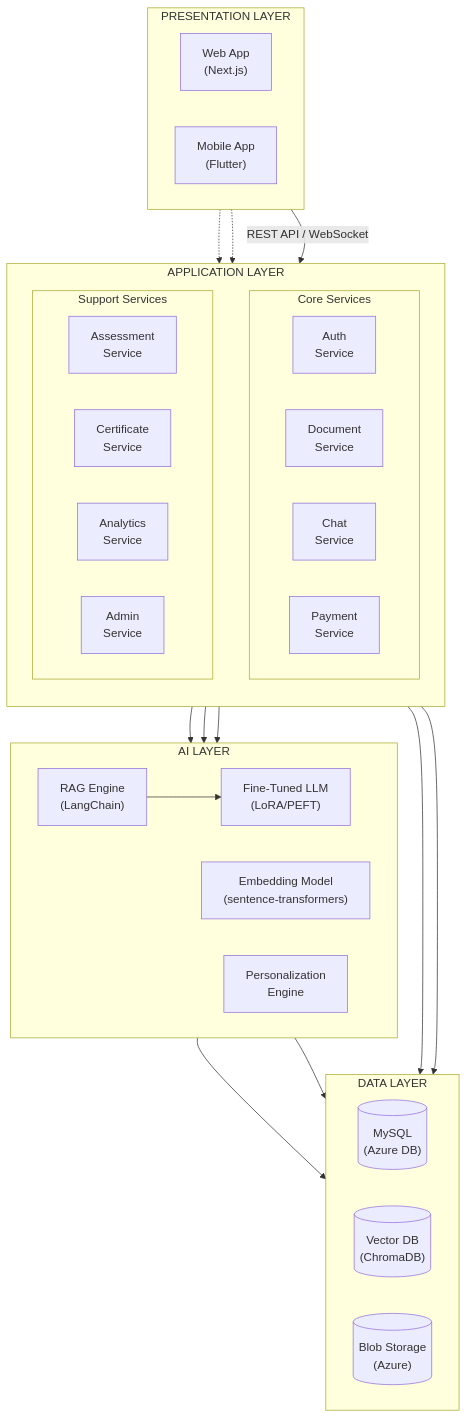
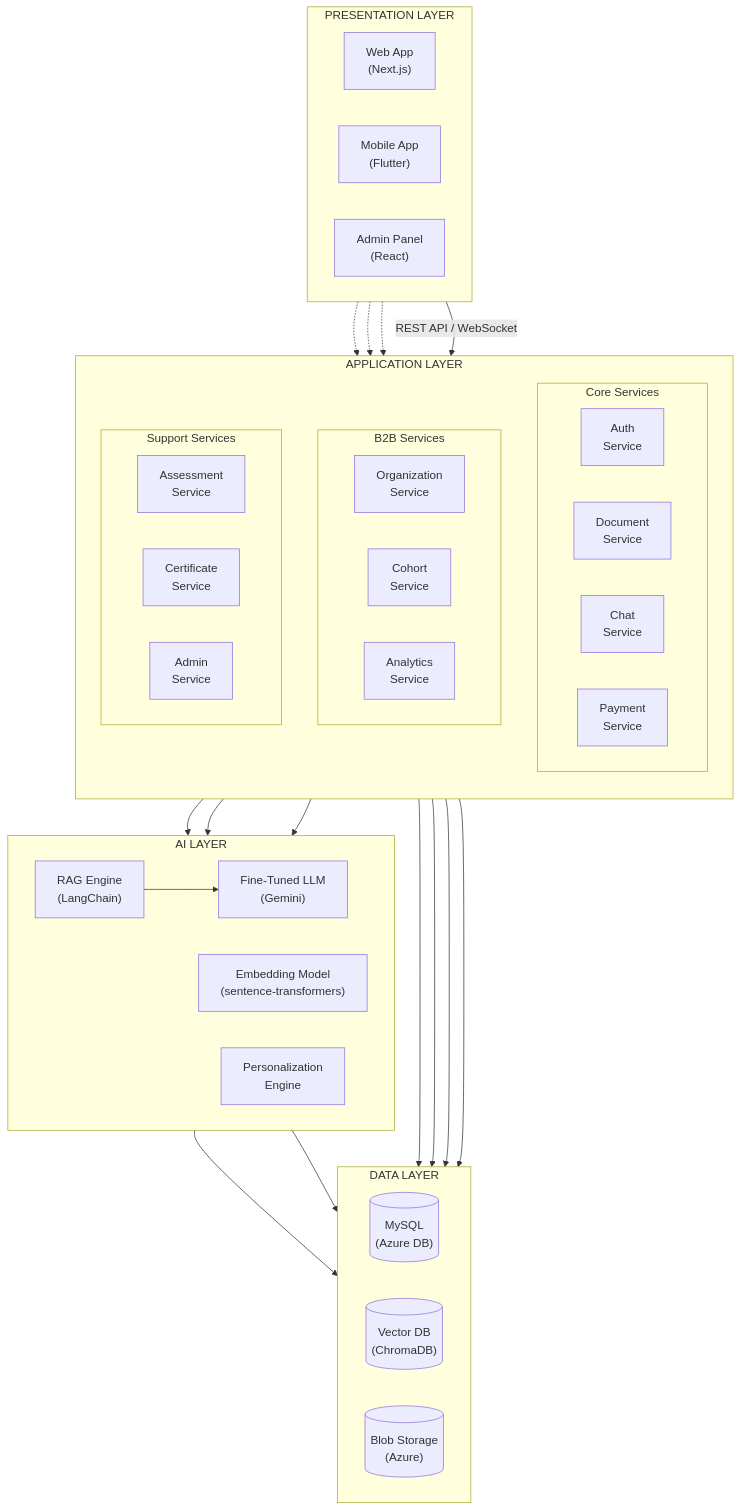
One commit to muhammadfahaddev/AI-Smart-Skill-Coach changed the diagram in docs/diagrams/08_architecture/v1.0/component_diagram.md. Above: the diagram before and after it, drawn with Mermaid. The commit also changed other lines of this file and 4 other files, not shown here.

Commit message:
feat: Introduce multi-tenant architecture, ERD, RBAC, and use case diagrams.

````diff
--- a/docs/diagrams/08_architecture/v1.0/component_diagram.md
+++ b/docs/diagrams/08_architecture/v1.0/component_diagram.md
@@ -4,53 +4,61 @@
 ```mermaid
 flowchart TB
     subgraph Presentation["PRESENTATION LAYER"]
         direction LR
         WA["Web App<br/>(Next.js)"]
         MA["Mobile App<br/>(Flutter)"]
+        AP["Admin Panel<br/>(React)"]
     end
 
     subgraph Application["APPLICATION LAYER"]
         direction TB
         subgraph Services1["Core Services"]
             direction LR
             AUTH["Auth<br/>Service"]
             DOC["Document<br/>Service"]
             CHAT["Chat<br/>Service"]
             PAY["Payment<br/>Service"]
         end
-        subgraph Services2["Support Services"]
+        subgraph Services2["B2B Services"]
+            direction LR
+            ORG["Organization<br/>Service"]
+            COHORT["Cohort<br/>Service"]
+            ANALYTICS["Analytics<br/>Service"]
+        end
+        subgraph Services3["Support Services"]
             direction LR
             ASSESS["Assessment<br/>Service"]
             CERT["Certificate<br/>Service"]
-            ANALYTICS["Analytics<br/>Service"]
             ADMIN["Admin<br/>Service"]
         end
     end
 
     subgraph AI["AI LAYER"]
         direction LR
         RAG["RAG Engine<br/>(LangChain)"]
-        LLM["Fine-Tuned LLM<br/>(LoRA/PEFT)"]
+        LLM["Fine-Tuned LLM<br/>(Gemini)"]
         EMB["Embedding Model<br/>(sentence-transformers)"]
         PERS["Personalization<br/>Engine"]
     end
 
     subgraph Data["DATA LAYER"]
         direction LR
         MYSQL[("MySQL<br/>(Azure DB)")]
         VECTOR[("Vector DB<br/>(ChromaDB)")]
         BLOB[("Blob Storage<br/>(Azure)")]
     end
 
     Presentation -->|REST API / WebSocket| Application
     Application --> AI
     AI --> Data
 
-    WA & MA -.-> AUTH
+    WA & MA & AP -.-> AUTH
     DOC --> EMB
     CHAT --> RAG
     RAG --> LLM
     EMB --> VECTOR
     DOC --> BLOB
     AUTH --> MYSQL
+    ORG --> MYSQL
+    COHORT --> MYSQL
 ```
````
